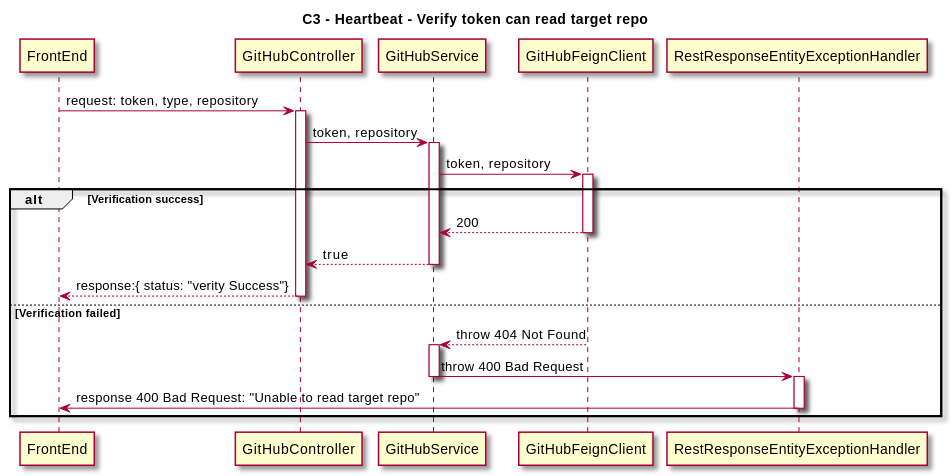
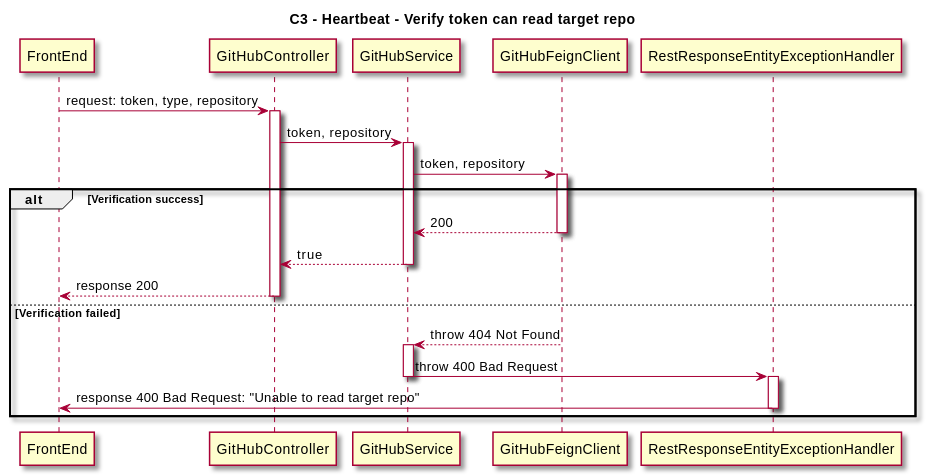
One commit to thoughtworks/HeartBeat changed the second of 2 diagrams in docs/src/content/docs/en/spikes/tech-spikes-split-verify-of-github.mdx. Above: the diagram before and after it, drawn with PlantUML. The commit also changed other lines of this file, not shown here.

Commit message:
ADM-679:[docs]fix: change path and response

````diff
--- a/docs/src/content/docs/en/spikes/tech-spikes-split-verify-of-github.mdx
+++ b/docs/src/content/docs/en/spikes/tech-spikes-split-verify-of-github.mdx
@@ -117,40 +111,40 @@
 ```plantuml
 @startuml
 skin rose
 title C3 - Heartbeat - Verify token can read target repo
 
 participant FrontEnd
 participant GitHubController
 participant GitHubService
 participant GitHubFeignClient
 participant RestResponseEntityExceptionHandler
 
 ' group Verify token can read target repo
     FrontEnd -> GitHubController: request: token, type, repository
     activate GitHubController
     GitHubController -> GitHubService: token, repository
     activate GitHubService
     GitHubService -> GitHubFeignClient: token, repository
     activate GitHubFeignClient
 alt Verification success
     GitHubFeignClient --> GitHubService: 200
     deactivate GitHubFeignClient
     GitHubService --> GitHubController: true
     deactivate GitHubService
-    GitHubController --> FrontEnd: response:{ status: "verity Success"}
+    GitHubController --> FrontEnd: response 200
     deactivate GitHubController
 else Verification failed
     GitHubFeignClient --> GitHubService: throw 404 Not Found
     deactivate GitHubFeignClient
     activate GitHubService
     GitHubService -> RestResponseEntityExceptionHandler: throw 400 Bad Request
     deactivate GitHubService
     deactivate GitHubFeignClient
     activate RestResponseEntityExceptionHandler
     RestResponseEntityExceptionHandler -> FrontEnd: response 400 Bad Request: "Unable to read target repo"
     deactivate RestResponseEntityExceptionHandler
     ' deactivate GitHubService
     ' deactivate GitHubController
 end
 @enduml
 ```
````
